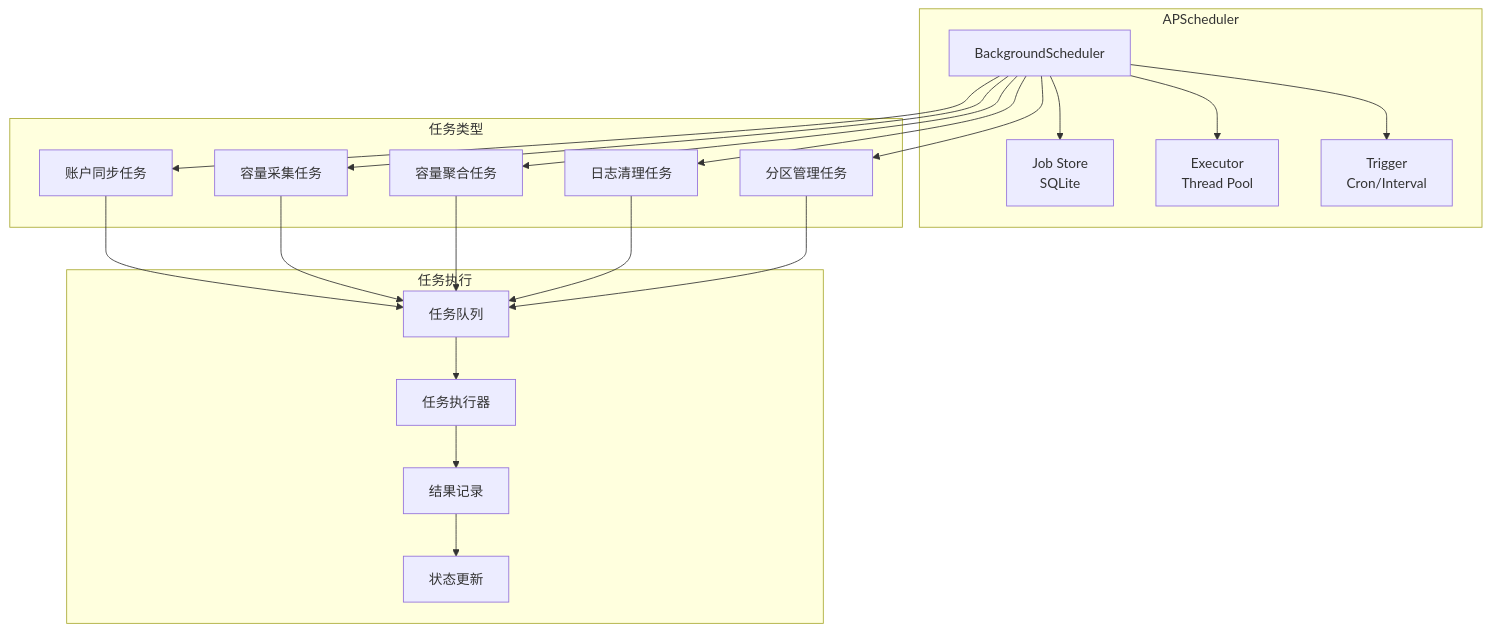
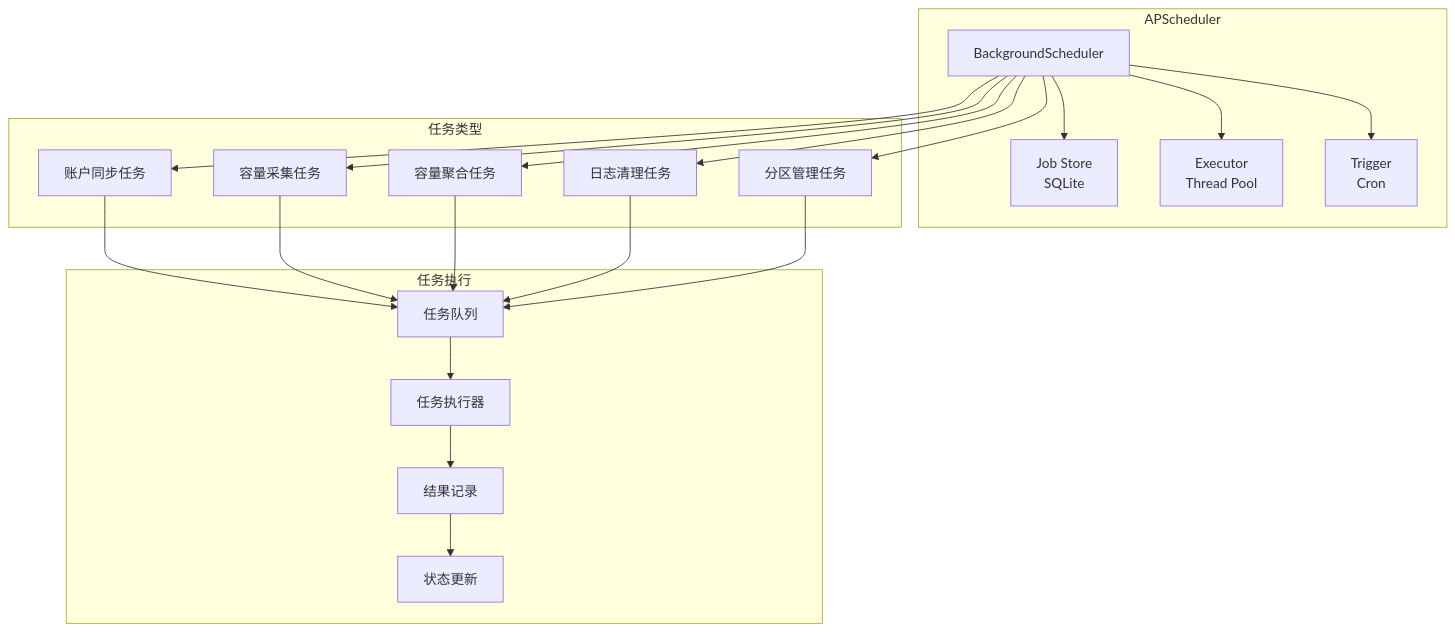
Before and after one commit to nyealovey/WhaleFall: the ninth of 11 diagrams in docs/architecture/spec.md, drawn with Mermaid. The commit also changed other lines of this file and 21 other files, not shown here.

````diff
--- a/docs/architecture/spec.md
+++ b/docs/architecture/spec.md
@@ -767,33 +767,33 @@
 ```mermaid
 graph TB
     subgraph "APScheduler"
         A[BackgroundScheduler] --> B[Job Store<br/>SQLite]
         A --> C[Executor<br/>Thread Pool]
-        A --> D[Trigger<br/>Cron/Interval]
+        A --> D[Trigger<br/>Cron]
     end
 
     subgraph "任务类型"
         E[账户同步任务]
         F[容量采集任务]
         G[容量聚合任务]
         H[日志清理任务]
         I[分区管理任务]
     end
 
     subgraph "任务执行"
         J[任务队列] --> K[任务执行器]
         K --> L[结果记录]
         L --> M[状态更新]
     end
 
     A --> E
     A --> F
     A --> G
     A --> H
     A --> I
     E --> J
     F --> J
     G --> J
     H --> J
     I --> J
 ```
````
